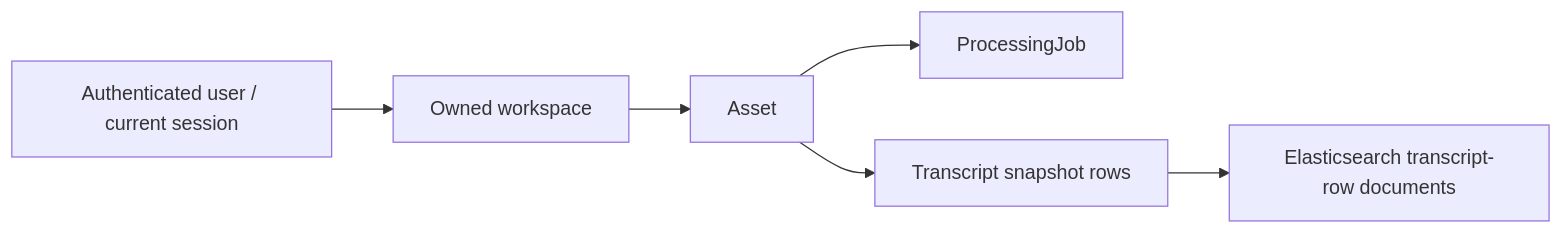
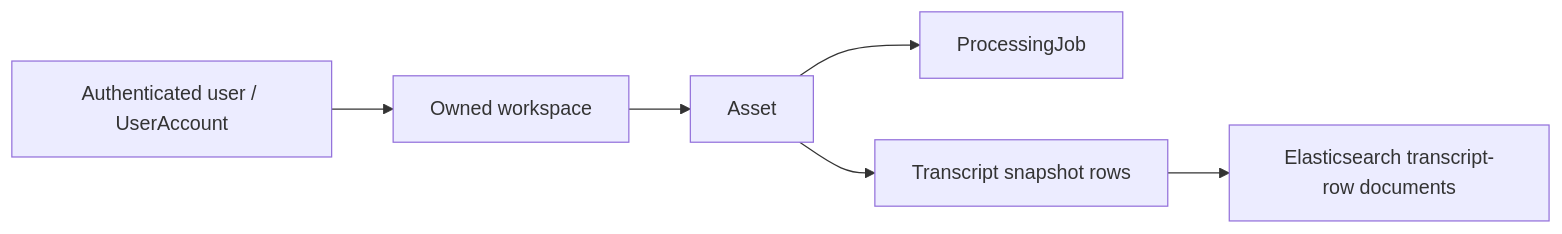
Before and after one commit to quangducnguyen1205/ai-knowledge-workspace: the second of 2 diagrams in docs/data/Database.md, drawn with Mermaid. The commit also changed other lines of this file and 7 other files, not shown here.

````diff
--- a/docs/data/Database.md
+++ b/docs/data/Database.md
@@ -63,8 +66,8 @@
 ```mermaid
 flowchart LR
-    U["Authenticated user / current session"] --> W["Owned workspace"]
+    U["Authenticated user / UserAccount"] --> W["Owned workspace"]
     W --> A["Asset"]
     A --> J["ProcessingJob"]
     A --> T["Transcript snapshot rows"]
     T --> E["Elasticsearch transcript-row documents"]
 ```
````
